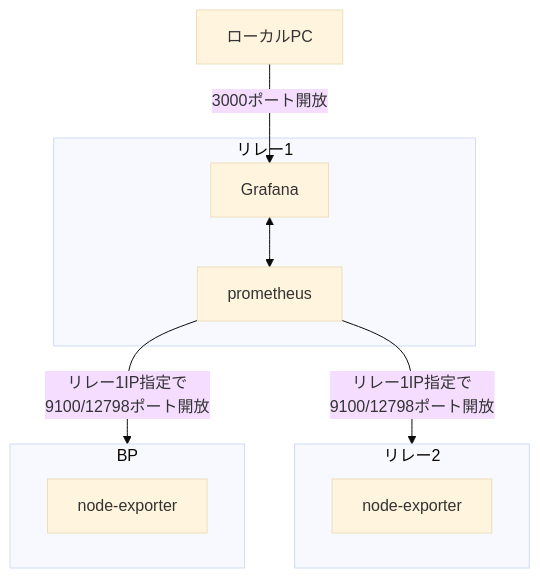
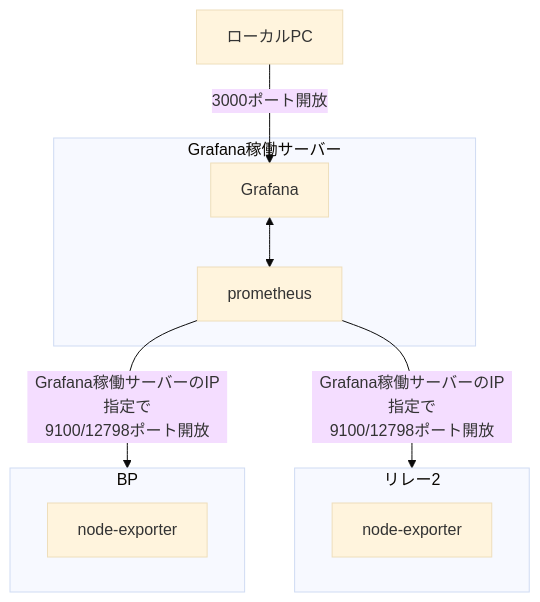
Before and after one commit to btbf/spojapanguild: the diagram in docs/cardano/setup/monitoring-setup.md, drawn with Mermaid (base theme). The commit also changed other lines of this file and 61 other files, not shown here.

````diff
--- a/docs/cardano/setup/monitoring-setup.md
+++ b/docs/cardano/setup/monitoring-setup.md
@@ -12,14 +13,14 @@
 ``` mermaid
     flowchart TB
         bp[ローカルPC] -- 3000ポート開放 --> a1[Grafana] 
-        a2[prometheus] -- リレー1IP指定で<br>9100/12798ポート開放 --> ide2[BP] & ide3[リレー2]
-        subgraph ide1[リレー1]
+        a2[prometheus] -- Grafana稼働サーバーのIP指定で<br>9100/12798ポート開放 --> ide2[BP] & ide3[リレー2]
+        subgraph ide1[Grafana稼働サーバー]
             a1[Grafana] <--> a2[prometheus]
         end
         subgraph ide2[BP]
             a3[node-exporter]
         end
         subgraph ide3[リレー2]
             a4[node-exporter]
         end
 ```
````
